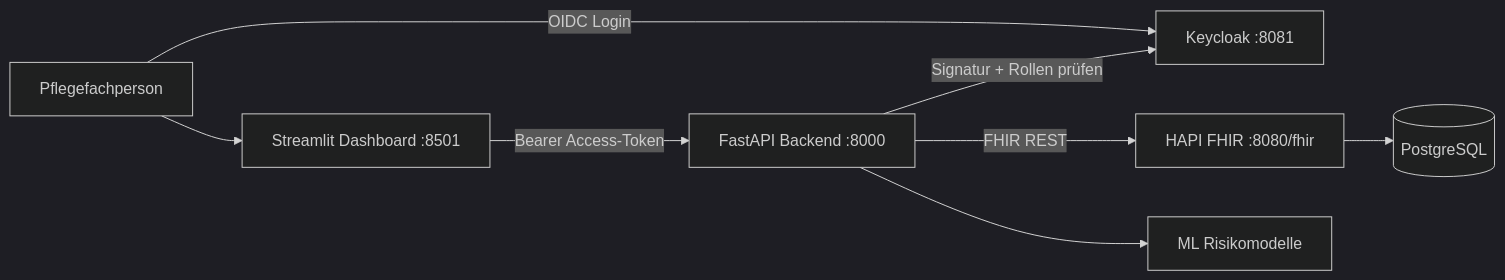
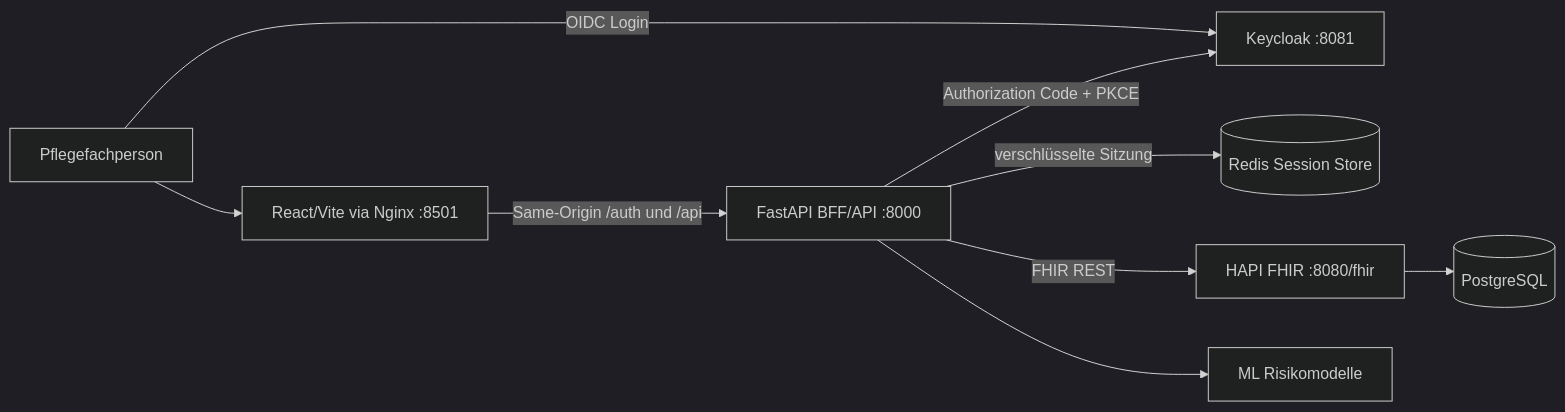
One commit to DeveloperRucel07/nurse_monitoring_fhir changed the first of 2 diagrams in README.md. Above: the diagram before and after it, drawn with Mermaid (dark theme). The commit also changed other lines of this file and 49 other files, not shown here.

````diff
--- a/README.md
+++ b/README.md
@@ -29,10 +29,11 @@
 ```mermaid
 flowchart LR
 		U[Pflegefachperson] -->|OIDC Login| KC[Keycloak :8081]
-		U --> FE[Streamlit Dashboard :8501]
-		FE -->|Bearer Access-Token| BE[FastAPI Backend :8000]
-		BE -->|Signatur + Rollen prüfen| KC
+		U --> FE[React/Vite via Nginx :8501]
+		FE -->|Same-Origin /auth und /api| BE[FastAPI BFF/API :8000]
+		BE -->|Authorization Code + PKCE| KC
+		BE -->|verschlüsselte Sitzung| SS[(Redis Session Store)]
 		BE -->|FHIR REST| FHIR[HAPI FHIR :8080/fhir]
 		BE --> ML[ML Risikomodelle]
 		FHIR --> DB[(PostgreSQL)]
 ```
````
